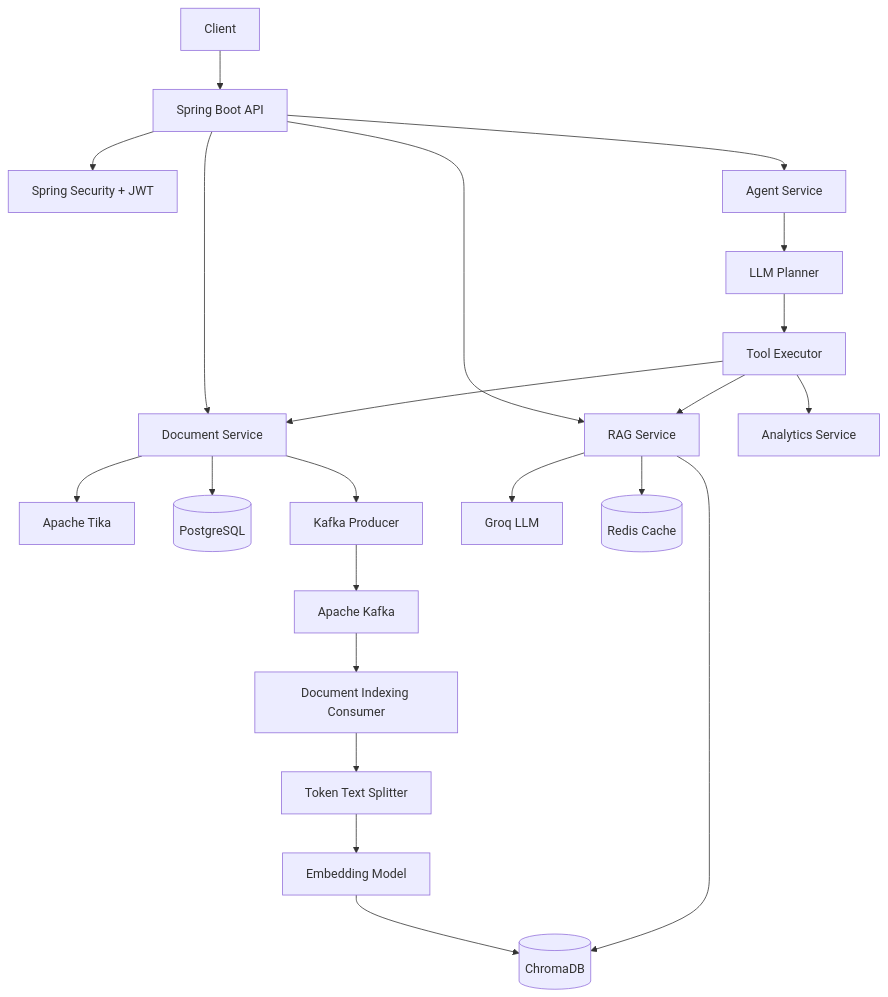
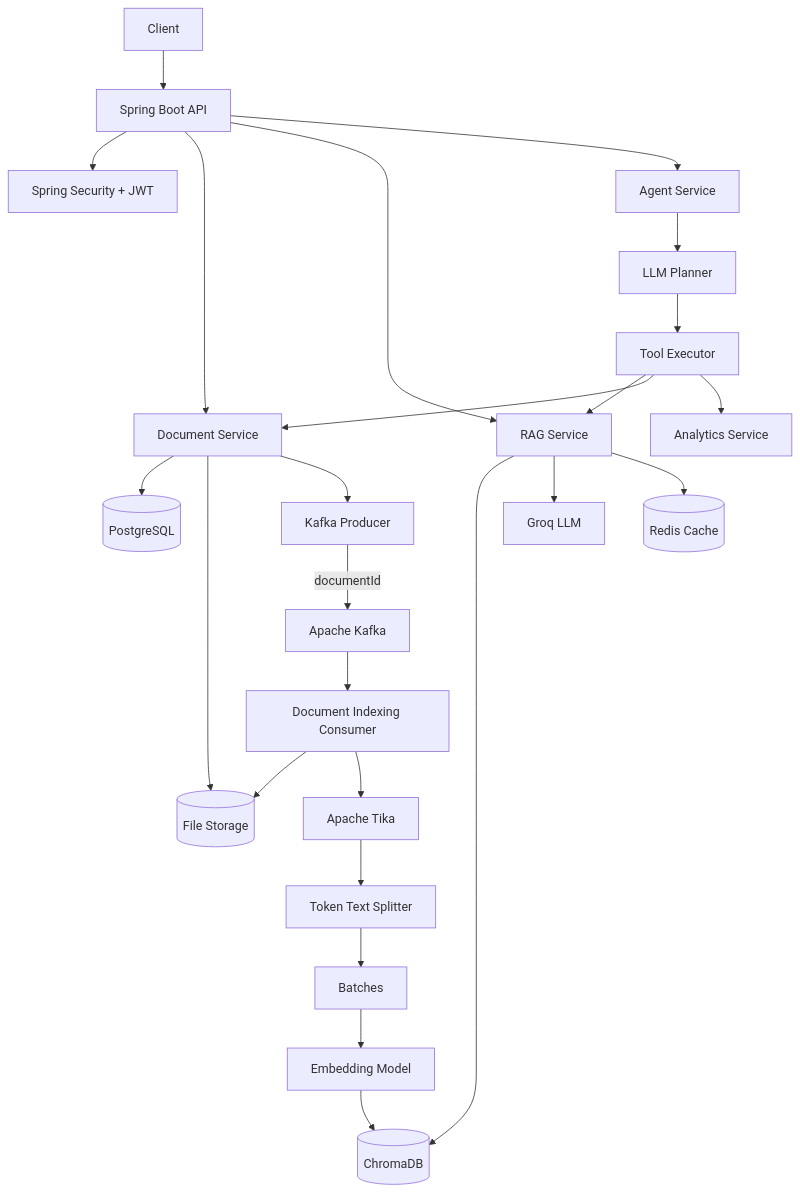
One commit to mayankgz/ai-knowledge-assistant changed the first of 2 diagrams in README.md. Above: the diagram before and after it, drawn with Mermaid. The commit also changed other lines of this file, not shown here.

````diff
--- a/README.md
+++ b/README.md
@@ -31,36 +33,39 @@
 ```mermaid
 flowchart TD
 
     A[Client] --> B[Spring Boot API]
 
     B --> C[Spring Security + JWT]
 
     B --> D[Document Service]
 
-    D --> E[Apache Tika]
     D --> F[(PostgreSQL)]
+    D --> T[(File Storage)]
     D --> G[Kafka Producer]
 
-    G --> H[Apache Kafka]
+    G -- documentId --> H[Apache Kafka]
 
     H --> I[Document Indexing Consumer]
 
-    I --> J[Token Text Splitter]
-    J --> K[Embedding Model]
+    I --> T
+    I --> E[Apache Tika]
+    E --> J[Token Text Splitter]
+    J --> U[Batches]
+    U --> K[Embedding Model]
     K --> L[(ChromaDB)]
 
     B --> M[RAG Service]
 
     M --> L
     M --> N[Groq LLM]
     M --> O[(Redis Cache)]
 
     B --> P[Agent Service]
 
     P --> Q[LLM Planner]
     Q --> R[Tool Executor]
 
     R --> M
     R --> D
     R --> S[Analytics Service]
 ```
````
